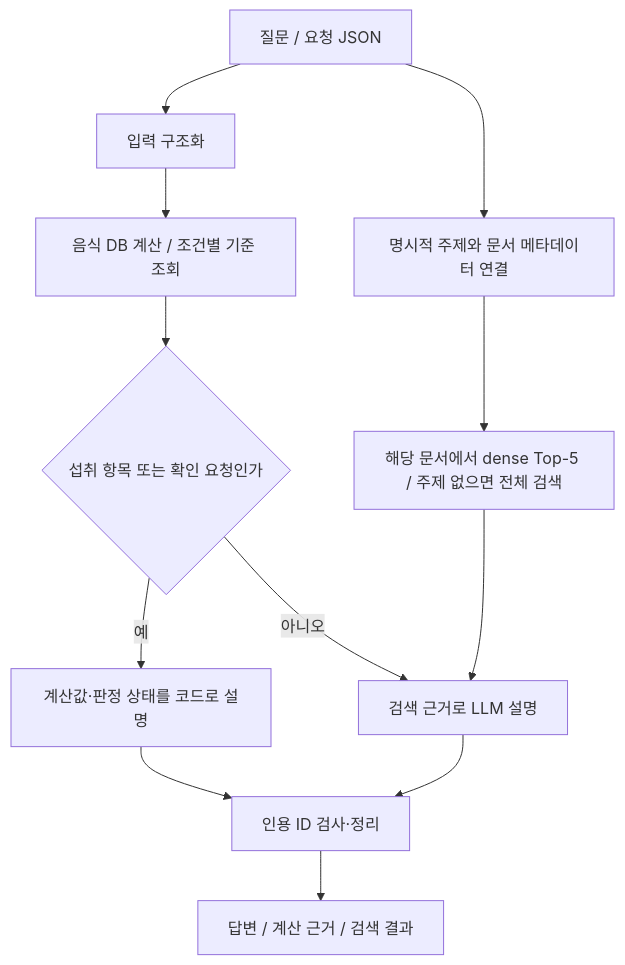
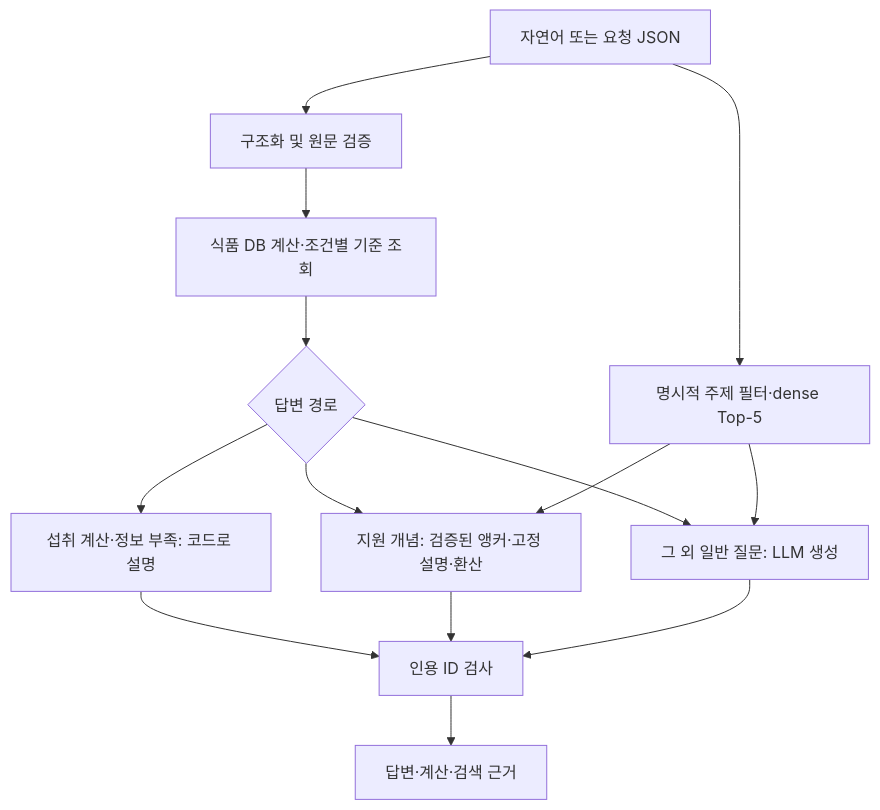
The diagram in results/design.md (dfklsna/gwayubulgeup-rag-capstone), drawn with Mermaid before and after one commit. The commit also changed other lines of this file and 21 other files, not shown here.

````diff
--- a/results/design.md
+++ b/results/design.md
@@ -89,14 +50,16 @@
 ```mermaid
 flowchart TD
-    Q[질문 / 요청 JSON] --> P[입력 구조화]
-    P --> T[음식 DB 계산 / 조건별 기준 조회]
-    Q --> F[명시적 주제와 문서 메타데이터 연결]
-    F --> R[해당 문서에서 dense Top-5 / 주제 없으면 전체 검색]
-    T --> B{섭취 항목 또는 확인 요청인가}
-    B -->|예| C[계산값·판정 상태를 코드로 설명]
-    B -->|아니오| L[검색 근거로 LLM 설명]
+    Q[자연어 또는 요청 JSON] --> P[구조화 및 원문 검증]
+    P --> T[식품 DB 계산·조건별 기준 조회]
+    Q --> R[명시적 주제 필터·dense Top-5]
+    T --> B{답변 경로}
+    B --> C[섭취 계산·정보 부족: 코드로 설명]
+    B --> K[지원 개념: 검증된 앵커·고정 설명·환산]
+    B --> L[그 외 일반 질문: LLM 생성]
+    R --> K
     R --> L
-    C --> V[인용 ID 검사·정리]
+    C --> V[인용 ID 검사]
+    K --> V
     L --> V
-    V --> A[답변 / 계산 근거 / 검색 결과]
+    V --> A[답변·계산·검색 근거]
 ```
````
